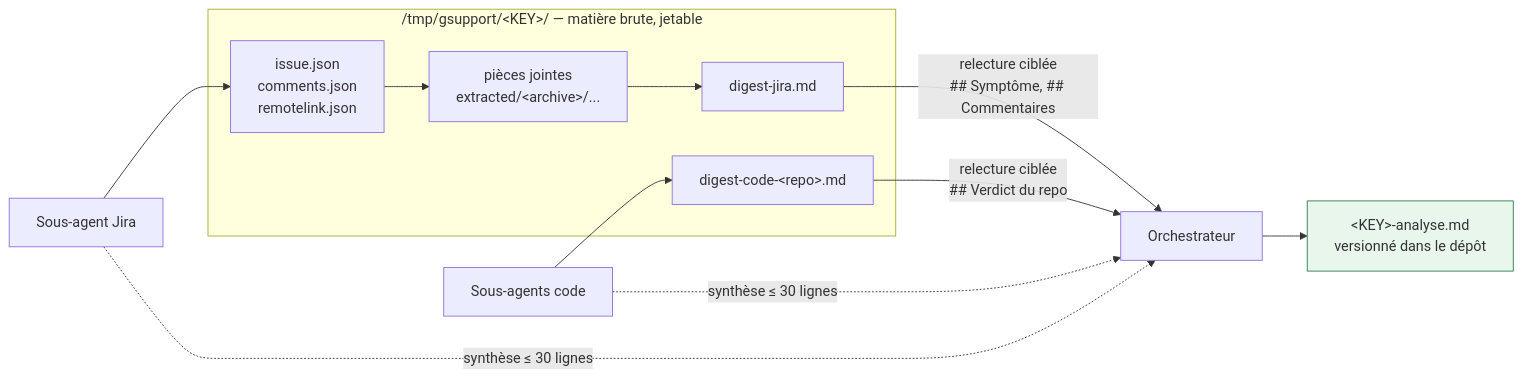
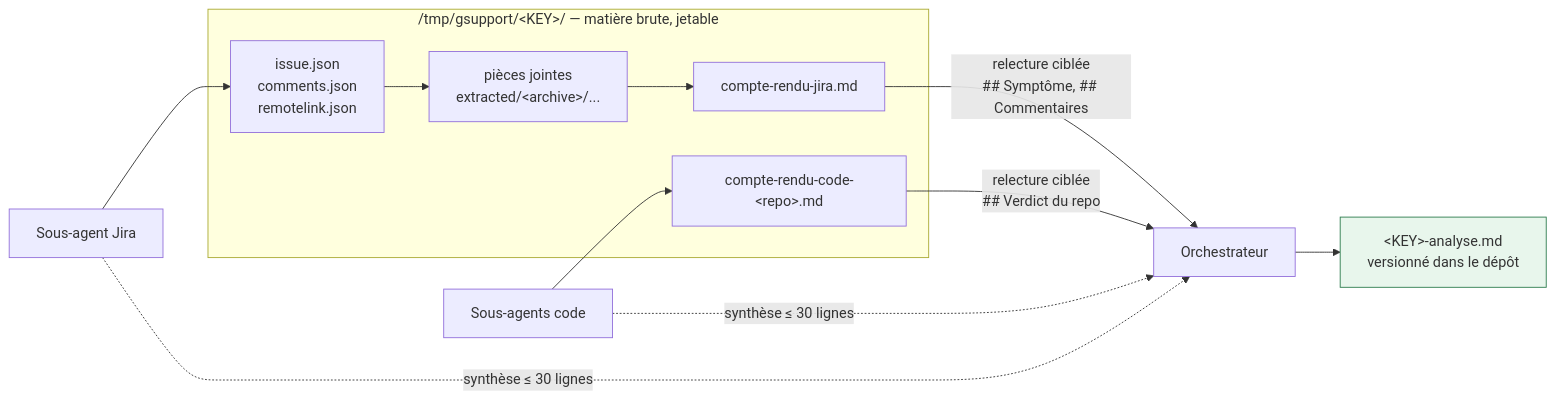
The second of 5 diagrams in skills/gsupport-analyze/ARCHITECTURE.md (tomsoulage-dedalus/presc-workflows-tools), drawn with Mermaid before and after one commit. The commit also changed other lines of this file and 1 other file, not shown here.

````diff
--- a/skills/gsupport-analyze/ARCHITECTURE.md
+++ b/skills/gsupport-analyze/ARCHITECTURE.md
@@ -83,20 +83,20 @@
 ```mermaid
 flowchart LR
     subgraph TMP["/tmp/gsupport/&lt;KEY&gt;/ — matière brute, jetable"]
         J["issue.json<br/>comments.json<br/>remotelink.json"]
         PJ["pièces jointes<br/>extracted/&lt;archive&gt;/..."]
-        DJ["digest-jira.md"]
-        DC["digest-code-&lt;repo&gt;.md"]
+        DJ["compte-rendu-jira.md"]
+        DC["compte-rendu-code-&lt;repo&gt;.md"]
     end
 
     A2["Sous-agent Jira"] --> J --> PJ --> DJ
     A4["Sous-agents code"] --> DC
 
     A2 -.->|synthèse ≤ 30 lignes| O["Orchestrateur"]
     A4 -.->|synthèse ≤ 30 lignes| O
     DJ -->|relecture ciblée<br/>## Symptôme, ## Commentaires| O
     DC -->|relecture ciblée<br/>## Verdict du repo| O
     O --> REP["&lt;KEY&gt;-analyse.md<br/>versionné dans le dépôt"]
 
     style REP fill:#e8f6ec,stroke:#2e7d4f
 ```
````
